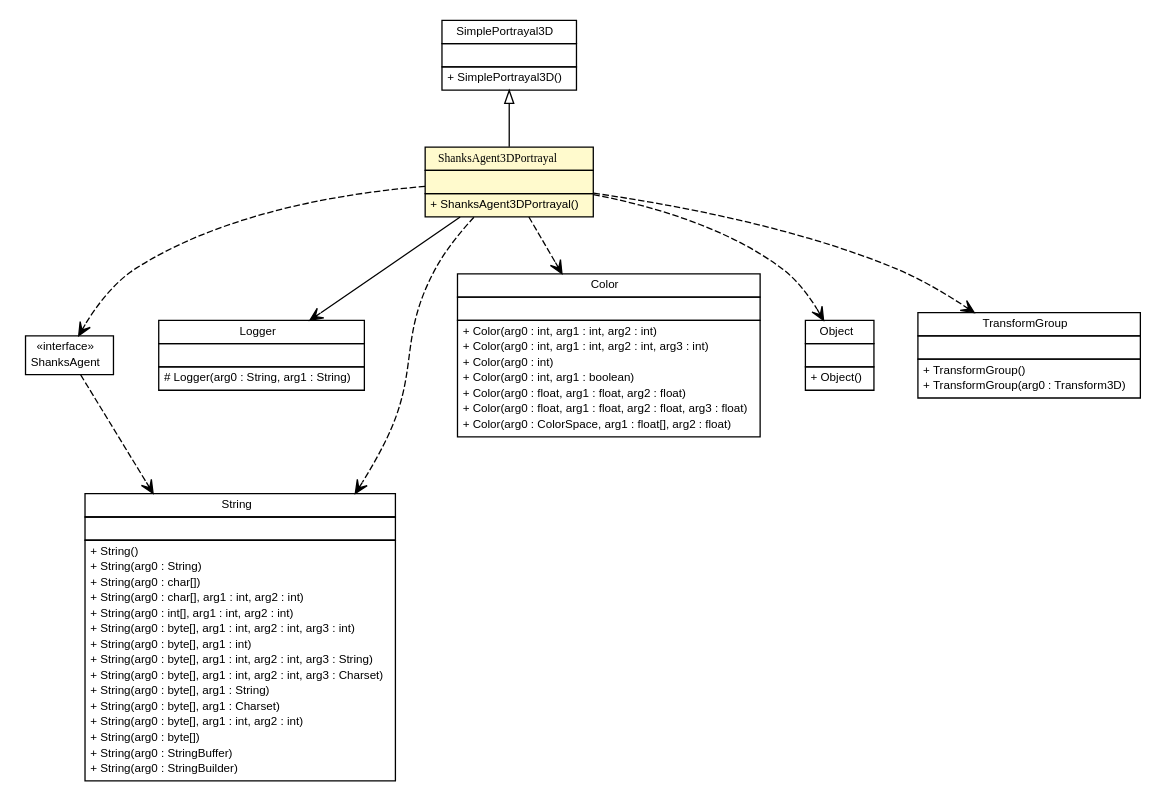
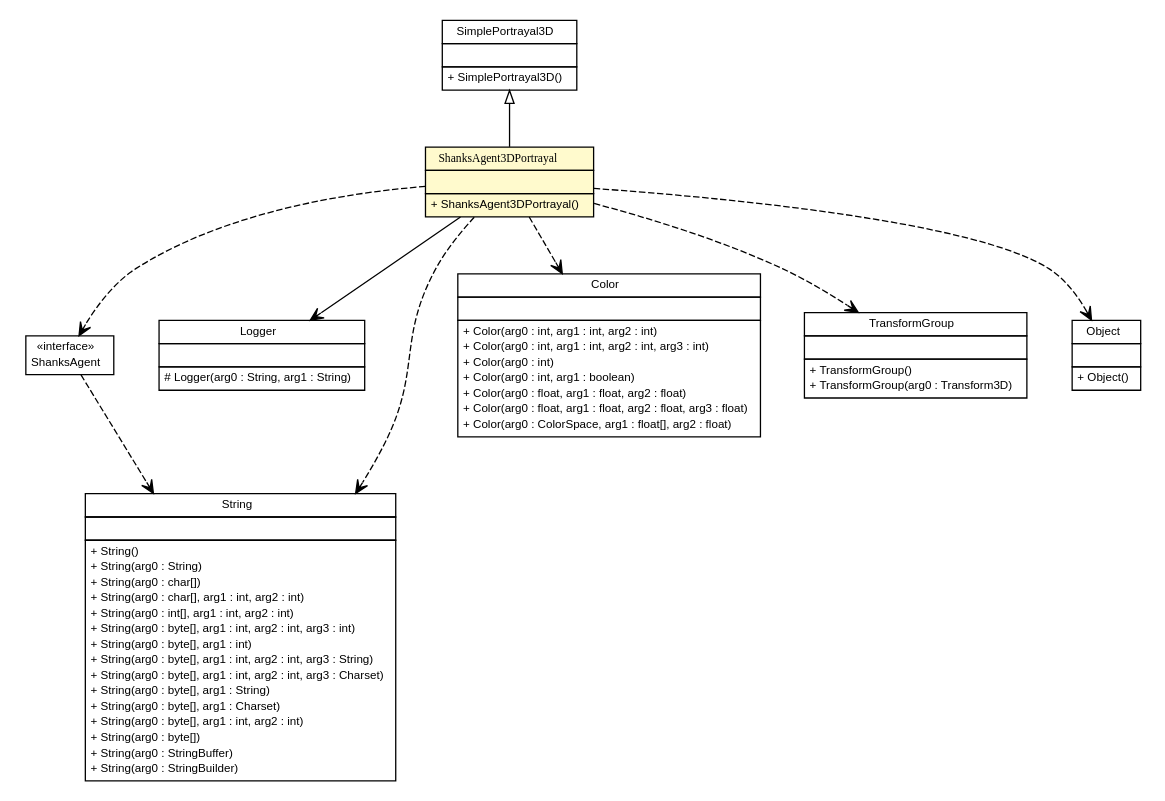
One commit to gsi-upm/Shanks changed the diagram in apidocs/es/upm/dit/gsi/shanks/agent/portrayal/ShanksAgent3DPortrayal.dot. Above: the diagram before and after it, drawn with Graphviz. The commit also changed 897 other files, not shown here.

```diff
--- a/apidocs/es/upm/dit/gsi/shanks/agent/portrayal/ShanksAgent3DPortrayal.dot
+++ b/apidocs/es/upm/dit/gsi/shanks/agent/portrayal/ShanksAgent3DPortrayal.dot
@@ -1,140 +1,140 @@
 #!/usr/local/bin/dot
 #
 # Class diagram 
 # Generated by UMLGraph version 5.1 (http://www.umlgraph.org/)
 #
 
 digraph G {
 	edge [fontname="arial",fontsize=10,labelfontname="arial",labelfontsize=10];
 	node [fontname="arial",fontsize=10,shape=plaintext];
 	nodesep=0.25;
 	ranksep=0.5;
 	// es.upm.dit.gsi.shanks.agent.ShanksAgent
 	c4115 [label=<<table title="es.upm.dit.gsi.shanks.agent.ShanksAgent" border="0" cellborder="1" cellspacing="0" cellpadding="2" port="p" href="../ShanksAgent.html">
 		<tr><td><table border="0" cellspacing="0" cellpadding="1">
 <tr><td align="center" balign="center"> &#171;interface&#187; </td></tr>
 <tr><td align="center" balign="center"> ShanksAgent </td></tr>
 		</table></td></tr>
 		</table>>, fontname="arial", fontcolor="black", fontsize=9.0];
 	// es.upm.dit.gsi.shanks.agent.portrayal.ShanksAgent3DPortrayal
 	c4117 [label=<<table title="es.upm.dit.gsi.shanks.agent.portrayal.ShanksAgent3DPortrayal" border="0" cellborder="1" cellspacing="0" cellpadding="2" port="p" bgcolor="lemonChiffon" href="./ShanksAgent3DPortrayal.html">
 		<tr><td><table border="0" cellspacing="0" cellpadding="1">
 <tr><td align="center" balign="center"><font face="ariali"> ShanksAgent3DPortrayal </font></td></tr>
 		</table></td></tr>
 		<tr><td><table border="0" cellspacing="0" cellpadding="1">
 <tr><td align="left" balign="left">  </td></tr>
 		</table></td></tr>
 		<tr><td><table border="0" cellspacing="0" cellpadding="1">
 <tr><td align="left" balign="left"> + ShanksAgent3DPortrayal() </td></tr>
 		</table></td></tr>
 		</table>>, fontname="arial", fontcolor="black", fontsize=9.0];
 	//es.upm.dit.gsi.shanks.agent.portrayal.ShanksAgent3DPortrayal extends sim.portrayal3d.SimplePortrayal3D
 	c4171:p -> c4117:p [dir=back,arrowtail=empty];
 	// es.upm.dit.gsi.shanks.agent.portrayal.ShanksAgent3DPortrayal NAVASSOC java.util.logging.Logger
 	c4117:p -> c4172:p [taillabel="", label="", headlabel="", fontname="arial", fontcolor="black", fontsize=10.0, color="black", arrowhead=open];
 	// es.upm.dit.gsi.shanks.agent.ShanksAgent DEPEND java.lang.String
 	c4115:p -> c4173:p [taillabel="", label="", headlabel="", fontname="arial", fontcolor="black", fontsize=10.0, color="black", arrowhead=open, style=dashed];
+	// es.upm.dit.gsi.shanks.agent.portrayal.ShanksAgent3DPortrayal DEPEND es.upm.dit.gsi.shanks.agent.ShanksAgent
+	c4117:p -> c4115:p [taillabel="", label="", headlabel="", fontname="arial", fontcolor="black", fontsize=10.0, color="black", arrowhead=open, style=dashed];
 	// es.upm.dit.gsi.shanks.agent.portrayal.ShanksAgent3DPortrayal DEPEND java.lang.String
 	c4117:p -> c4173:p [taillabel="", label="", headlabel="", fontname="arial", fontcolor="black", fontsize=10.0, color="black", arrowhead=open, style=dashed];
 	// es.upm.dit.gsi.shanks.agent.portrayal.ShanksAgent3DPortrayal DEPEND java.awt.Color
 	c4117:p -> c4174:p [taillabel="", label="", headlabel="", fontname="arial", fontcolor="black", fontsize=10.0, color="black", arrowhead=open, style=dashed];
+	// es.upm.dit.gsi.shanks.agent.portrayal.ShanksAgent3DPortrayal DEPEND javax.media.j3d.TransformGroup
+	c4117:p -> c4175:p [taillabel="", label="", headlabel="", fontname="arial", fontcolor="black", fontsize=10.0, color="black", arrowhead=open, style=dashed];
 	// es.upm.dit.gsi.shanks.agent.portrayal.ShanksAgent3DPortrayal DEPEND java.lang.Object
-	c4117:p -> c4175:p [taillabel="", label="", headlabel="", fontname="arial", fontcolor="black", fontsize=10.0, color="black", arrowhead=open, style=dashed];
-	// es.upm.dit.gsi.shanks.agent.portrayal.ShanksAgent3DPortrayal DEPEND javax.media.j3d.TransformGroup
 	c4117:p -> c4176:p [taillabel="", label="", headlabel="", fontname="arial", fontcolor="black", fontsize=10.0, color="black", arrowhead=open, style=dashed];
-	// es.upm.dit.gsi.shanks.agent.portrayal.ShanksAgent3DPortrayal DEPEND es.upm.dit.gsi.shanks.agent.ShanksAgent
-	c4117:p -> c4115:p [taillabel="", label="", headlabel="", fontname="arial", fontcolor="black", fontsize=10.0, color="black", arrowhead=open, style=dashed];
 	// sim.portrayal3d.SimplePortrayal3D
 	c4171 [label=<<table title="sim.portrayal3d.SimplePortrayal3D" border="0" cellborder="1" cellspacing="0" cellpadding="2" port="p" href="http://java.sun.com/j2se/1.4.2/docs/api/sim/portrayal3d/SimplePortrayal3D.html">
 		<tr><td><table border="0" cellspacing="0" cellpadding="1">
 <tr><td align="center" balign="center"> SimplePortrayal3D </td></tr>
 		</table></td></tr>
 		<tr><td><table border="0" cellspacing="0" cellpadding="1">
 <tr><td align="left" balign="left">  </td></tr>
 		</table></td></tr>
 		<tr><td><table border="0" cellspacing="0" cellpadding="1">
 <tr><td align="left" balign="left"> + SimplePortrayal3D() </td></tr>
 		</table></td></tr>
 		</table>>, fontname="arial", fontcolor="black", fontsize=9.0];
 	// java.lang.Object
-	c4175 [label=<<table title="java.lang.Object" border="0" cellborder="1" cellspacing="0" cellpadding="2" port="p" href="http://java.sun.com/j2se/1.4.2/docs/api/java/lang/Object.html">
+	c4176 [label=<<table title="java.lang.Object" border="0" cellborder="1" cellspacing="0" cellpadding="2" port="p" href="http://java.sun.com/j2se/1.4.2/docs/api/java/lang/Object.html">
 		<tr><td><table border="0" cellspacing="0" cellpadding="1">
 <tr><td align="center" balign="center"> Object </td></tr>
 		</table></td></tr>
 		<tr><td><table border="0" cellspacing="0" cellpadding="1">
 <tr><td align="left" balign="left">  </td></tr>
 		</table></td></tr>
 		<tr><td><table border="0" cellspacing="0" cellpadding="1">
 <tr><td align="left" balign="left"> + Object() </td></tr>
 		</table></td></tr>
 		</table>>, fontname="arial", fontcolor="black", fontsize=9.0];
 	// javax.media.j3d.TransformGroup
-	c4176 [label=<<table title="javax.media.j3d.TransformGroup" border="0" cellborder="1" cellspacing="0" cellpadding="2" port="p" href="http://java.sun.com/j2se/1.4.2/docs/api/javax/media/j3d/TransformGroup.html">
+	c4175 [label=<<table title="javax.media.j3d.TransformGroup" border="0" cellborder="1" cellspacing="0" cellpadding="2" port="p" href="http://java.sun.com/j2se/1.4.2/docs/api/javax/media/j3d/TransformGroup.html">
 		<tr><td><table border="0" cellspacing="0" cellpadding="1">
 <tr><td align="center" balign="center"> TransformGroup </td></tr>
 		</table></td></tr>
 		<tr><td><table border="0" cellspacing="0" cellpadding="1">
 <tr><td align="left" balign="left">  </td></tr>
 		</table></td></tr>
 		<tr><td><table border="0" cellspacing="0" cellpadding="1">
 <tr><td align="left" balign="left"> + TransformGroup() </td></tr>
 <tr><td align="left" balign="left"> + TransformGroup(arg0 : Transform3D) </td></tr>
 		</table></td></tr>
 		</table>>, fontname="arial", fontcolor="black", fontsize=9.0];
 	// java.awt.Color
 	c4174 [label=<<table title="java.awt.Color" border="0" cellborder="1" cellspacing="0" cellpadding="2" port="p" href="http://java.sun.com/j2se/1.4.2/docs/api/java/awt/Color.html">
 		<tr><td><table border="0" cellspacing="0" cellpadding="1">
 <tr><td align="center" balign="center"> Color </td></tr>
 		</table></td></tr>
 		<tr><td><table border="0" cellspacing="0" cellpadding="1">
 <tr><td align="left" balign="left">  </td></tr>
 		</table></td></tr>
 		<tr><td><table border="0" cellspacing="0" cellpadding="1">
 <tr><td align="left" balign="left"> + Color(arg0 : int, arg1 : int, arg2 : int) </td></tr>
 <tr><td align="left" balign="left"> + Color(arg0 : int, arg1 : int, arg2 : int, arg3 : int) </td></tr>
 <tr><td align="left" balign="left"> + Color(arg0 : int) </td></tr>
 <tr><td align="left" balign="left"> + Color(arg0 : int, arg1 : boolean) </td></tr>
 <tr><td align="left" balign="left"> + Color(arg0 : float, arg1 : float, arg2 : float) </td></tr>
 <tr><td align="left" balign="left"> + Color(arg0 : float, arg1 : float, arg2 : float, arg3 : float) </td></tr>
 <tr><td align="left" balign="left"> + Color(arg0 : ColorSpace, arg1 : float[], arg2 : float) </td></tr>
 		</table></td></tr>
 		</table>>, fontname="arial", fontcolor="black", fontsize=9.0];
 	// java.lang.String
 	c4173 [label=<<table title="java.lang.String" border="0" cellborder="1" cellspacing="0" cellpadding="2" port="p" href="http://java.sun.com/j2se/1.4.2/docs/api/java/lang/String.html">
 		<tr><td><table border="0" cellspacing="0" cellpadding="1">
 <tr><td align="center" balign="center"> String </td></tr>
 		</table></td></tr>
 		<tr><td><table border="0" cellspacing="0" cellpadding="1">
 <tr><td align="left" balign="left">  </td></tr>
 		</table></td></tr>
 		<tr><td><table border="0" cellspacing="0" cellpadding="1">
 <tr><td align="left" balign="left"> + String() </td></tr>
 <tr><td align="left" balign="left"> + String(arg0 : String) </td></tr>
 <tr><td align="left" balign="left"> + String(arg0 : char[]) </td></tr>
 <tr><td align="left" balign="left"> + String(arg0 : char[], arg1 : int, arg2 : int) </td></tr>
 <tr><td align="left" balign="left"> + String(arg0 : int[], arg1 : int, arg2 : int) </td></tr>
 <tr><td align="left" balign="left"> + String(arg0 : byte[], arg1 : int, arg2 : int, arg3 : int) </td></tr>
 <tr><td align="left" balign="left"> + String(arg0 : byte[], arg1 : int) </td></tr>
 <tr><td align="left" balign="left"> + String(arg0 : byte[], arg1 : int, arg2 : int, arg3 : String) </td></tr>
 <tr><td align="left" balign="left"> + String(arg0 : byte[], arg1 : int, arg2 : int, arg3 : Charset) </td></tr>
 <tr><td align="left" balign="left"> + String(arg0 : byte[], arg1 : String) </td></tr>
 <tr><td align="left" balign="left"> + String(arg0 : byte[], arg1 : Charset) </td></tr>
 <tr><td align="left" balign="left"> + String(arg0 : byte[], arg1 : int, arg2 : int) </td></tr>
 <tr><td align="left" balign="left"> + String(arg0 : byte[]) </td></tr>
 <tr><td align="left" balign="left"> + String(arg0 : StringBuffer) </td></tr>
 <tr><td align="left" balign="left"> + String(arg0 : StringBuilder) </td></tr>
 		</table></td></tr>
 		</table>>, fontname="arial", fontcolor="black", fontsize=9.0];
 	// java.util.logging.Logger
 	c4172 [label=<<table title="java.util.logging.Logger" border="0" cellborder="1" cellspacing="0" cellpadding="2" port="p" href="http://java.sun.com/j2se/1.4.2/docs/api/java/util/logging/Logger.html">
 		<tr><td><table border="0" cellspacing="0" cellpadding="1">
 <tr><td align="center" balign="center"> Logger </td></tr>
 		</table></td></tr>
 		<tr><td><table border="0" cellspacing="0" cellpadding="1">
 <tr><td align="left" balign="left">  </td></tr>
 		</table></td></tr>
 		<tr><td><table border="0" cellspacing="0" cellpadding="1">
 <tr><td align="left" balign="left"> # Logger(arg0 : String, arg1 : String) </td></tr>
 		</table></td></tr>
 		</table>>, fontname="arial", fontcolor="black", fontsize=9.0];
 }
```
